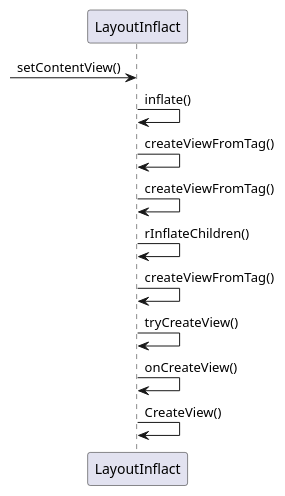
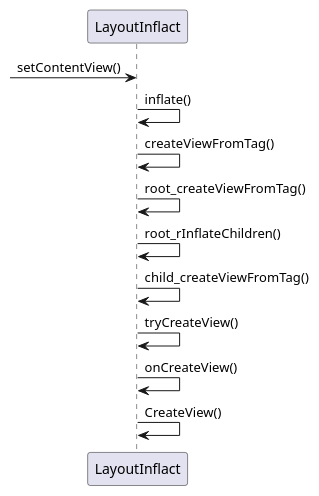
One commit to AFinalStone/0623_CSKinApplication changed the diagram in 01_系统view的绘制过程.puml. Above: the diagram before and after it, drawn with PlantUML. The commit also changed 18 other files, not shown here.

```diff
--- a/01_系统view的绘制过程.puml
+++ b/01_系统view的绘制过程.puml
@@ -1,13 +1,13 @@
 @startuml
 
 -> LayoutInflact:setContentView()
 LayoutInflact -> LayoutInflact:inflate()
 LayoutInflact -> LayoutInflact:createViewFromTag()
-LayoutInflact -> LayoutInflact:createViewFromTag()
-LayoutInflact -> LayoutInflact:rInflateChildren()
-LayoutInflact -> LayoutInflact:createViewFromTag()
+LayoutInflact -> LayoutInflact:root_createViewFromTag()
+LayoutInflact -> LayoutInflact:root_rInflateChildren()
+LayoutInflact -> LayoutInflact:child_createViewFromTag()
 LayoutInflact -> LayoutInflact:tryCreateView()
 LayoutInflact -> LayoutInflact:onCreateView()
 LayoutInflact -> LayoutInflact:CreateView()
 
 @enduml
```
